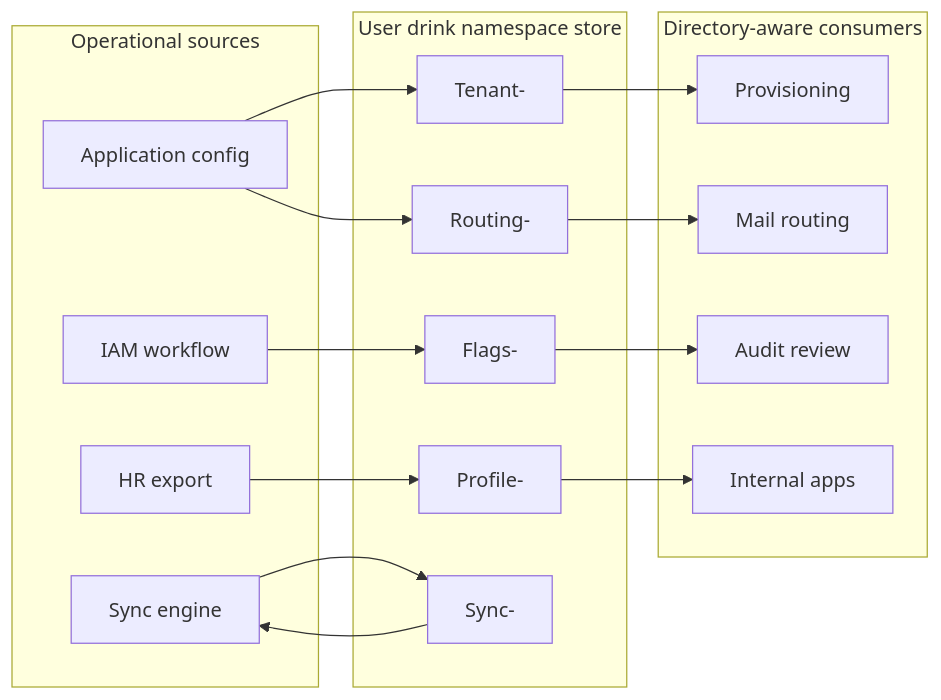
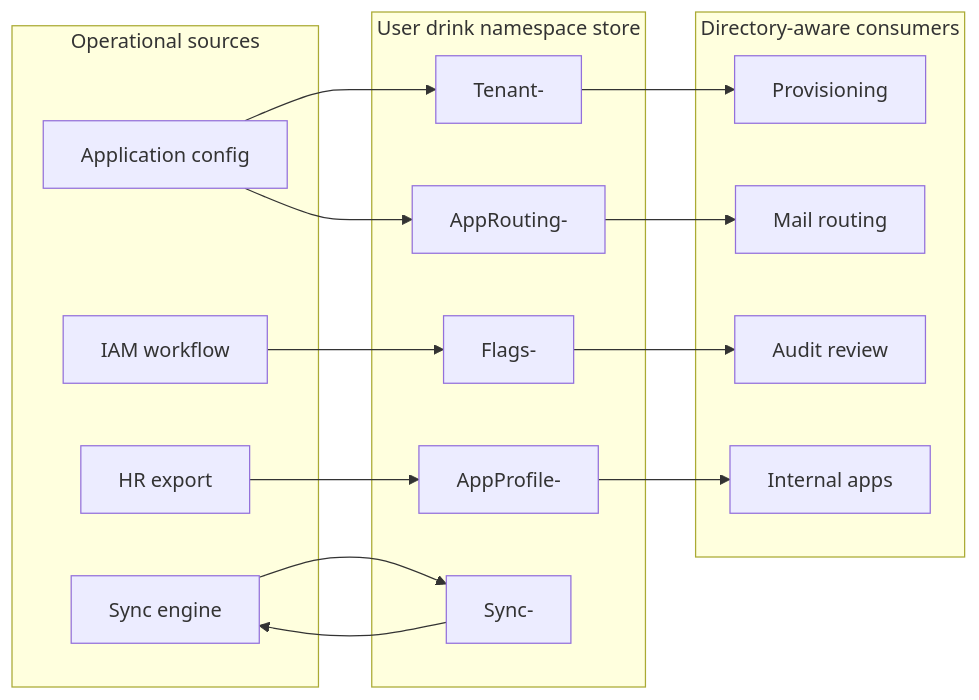
One commit to jonathanweinberg/DrunkenAD changed the diagram in docs/diagrams/use-case-map.mmd. Above: the diagram before and after it, drawn with Mermaid. The commit also changed 37 other files, not shown here.

```diff
--- a/docs/diagrams/use-case-map.mmd
+++ b/docs/diagrams/use-case-map.mmd
@@ -1,33 +1,33 @@
 flowchart LR
     subgraph Sources["Operational sources"]
         HR["HR export"]
         IAM["IAM workflow"]
         APP["Application config"]
         SYNC["Sync engine"]
     end
 
     subgraph Drink["User drink namespace store"]
         FLAGS["Flags-"]
-        PROFILE["Profile-"]
-        ROUTING["Routing-"]
+        PROFILE["AppProfile-"]
+        ROUTING["AppRouting-"]
         TENANT["Tenant-"]
         SYNCNS["Sync-"]
     end
 
     subgraph Consumers["Directory-aware consumers"]
         PROV["Provisioning"]
         MAIL["Mail routing"]
         AUDIT["Audit review"]
         APPS["Internal apps"]
     end
 
     HR --> PROFILE
     IAM --> FLAGS
     APP --> ROUTING
     APP --> TENANT
     SYNC --> SYNCNS
     FLAGS --> AUDIT
     PROFILE --> APPS
     ROUTING --> MAIL
     TENANT --> PROV
     SYNCNS --> SYNC
```
